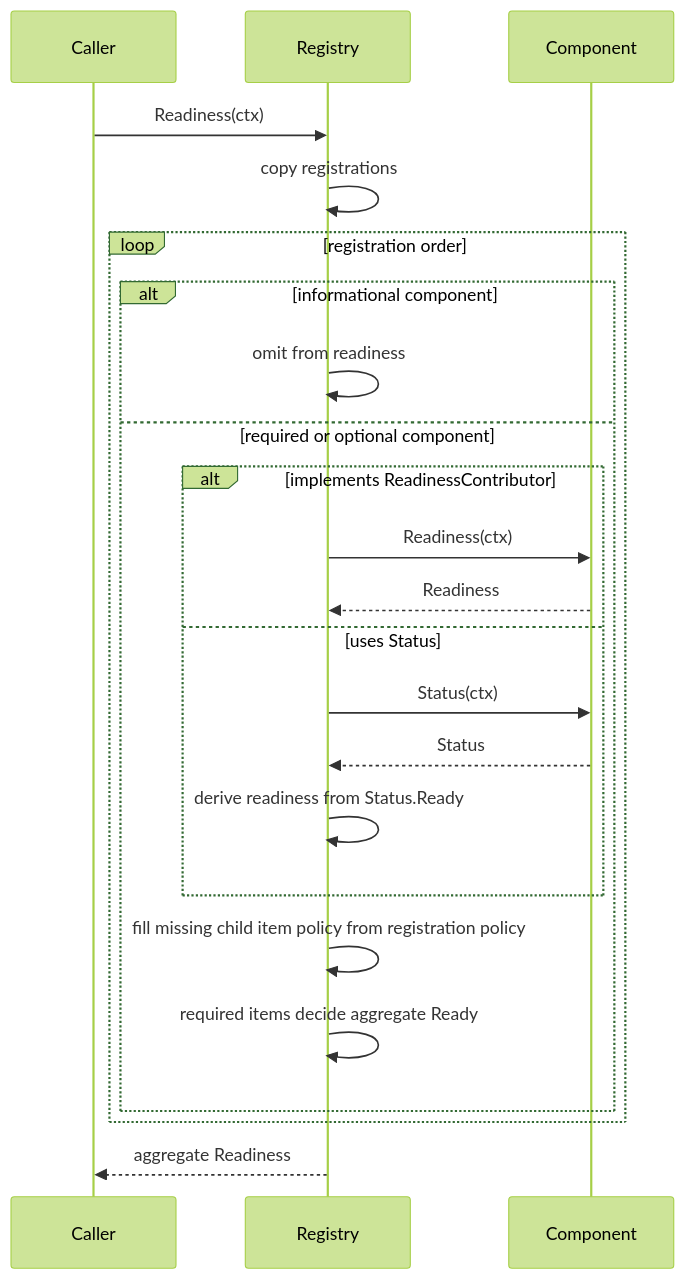
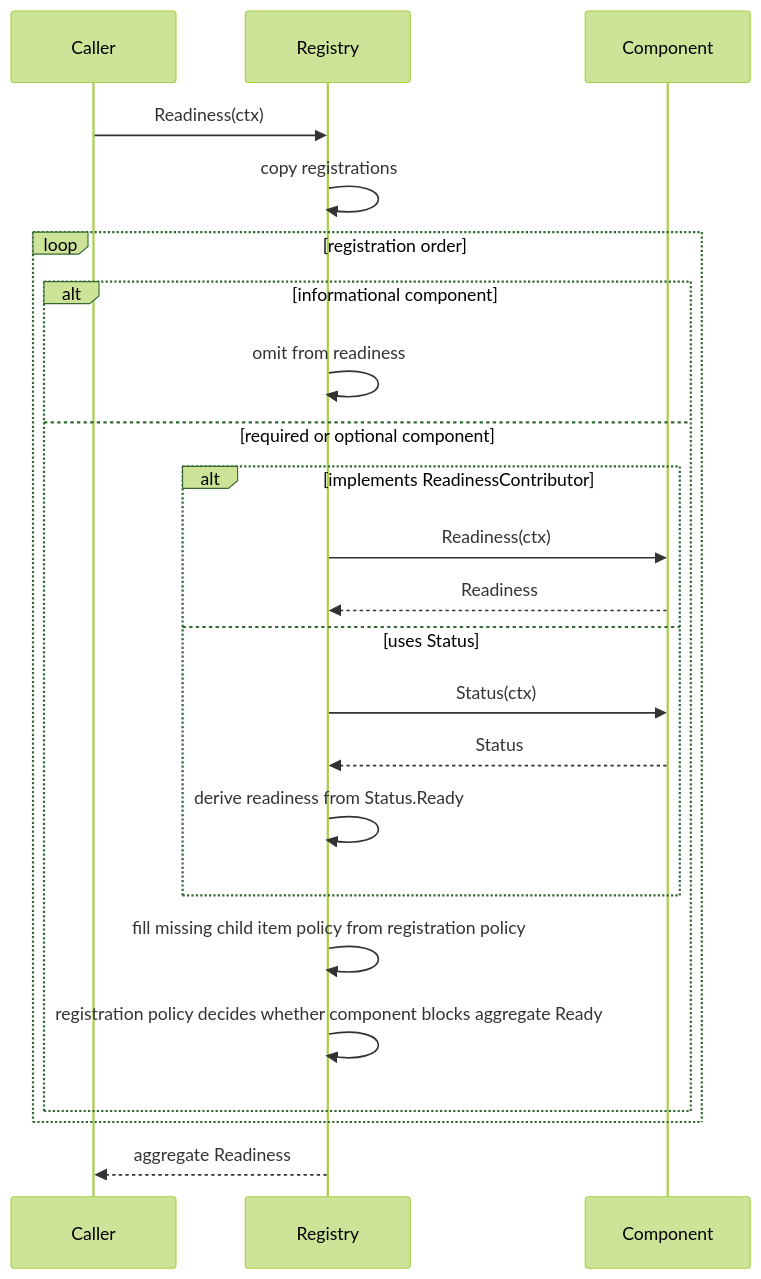
The third of 4 diagrams in docs/design.md (jaredjakacky/opskit), drawn with Mermaid (forest theme) before and after one commit. The commit also changed other lines of this file and 12 other files, not shown here.

````diff
--- a/docs/design.md
+++ b/docs/design.md
@@ -363,29 +365,29 @@
 ```mermaid
 sequenceDiagram
   participant Caller
   participant Registry
   participant Component
 
   Caller->>Registry: Readiness(ctx)
   Registry->>Registry: copy registrations
 
   loop registration order
     alt informational component
       Registry->>Registry: omit from readiness
     else required or optional component
       alt implements ReadinessContributor
         Registry->>Component: Readiness(ctx)
         Component-->>Registry: Readiness
       else uses Status
         Registry->>Component: Status(ctx)
         Component-->>Registry: Status
         Registry->>Registry: derive readiness from Status.Ready
       end
 
       Registry->>Registry: fill missing child item policy from registration policy
-      Registry->>Registry: required items decide aggregate Ready
+      Registry->>Registry: registration policy decides whether component blocks aggregate Ready
     end
   end
 
   Registry-->>Caller: aggregate Readiness
 ```
````
